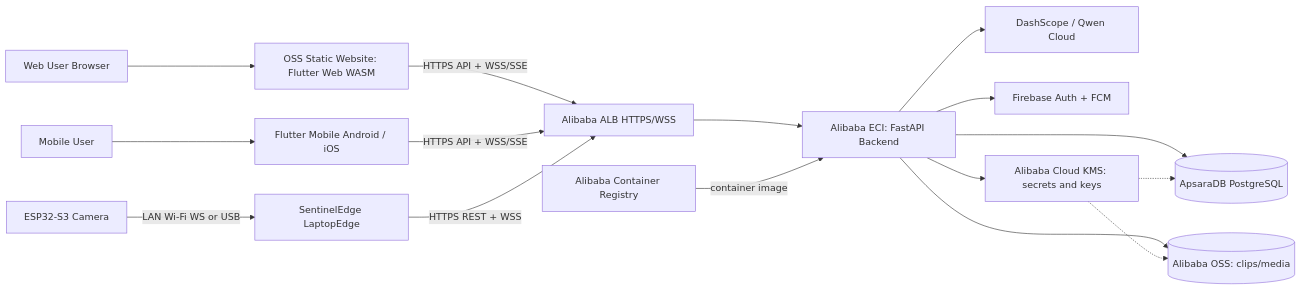
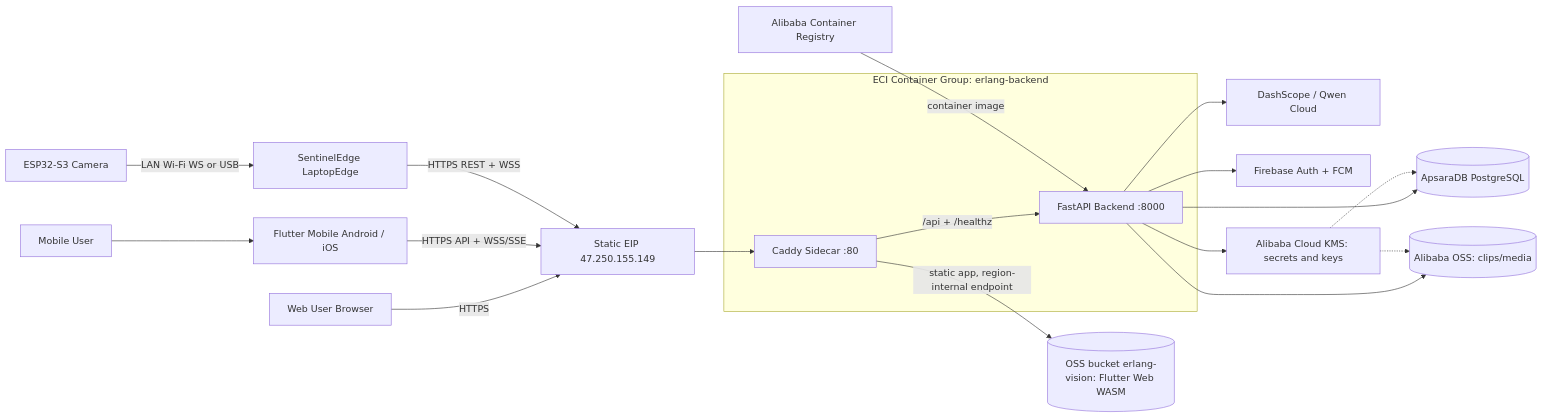
Before and after one commit to nickyui99/erlang-ai-vision-fullstack: the diagram in docs/deployment/alibaba_cloud_architecture.md, drawn with Mermaid. The commit also changed other lines of this file and 45 other files, not shown here.

First line of the commit message:
chore: prepare Erlang AI Vision for open-source release

````diff
--- a/docs/deployment/alibaba_cloud_architecture.md
+++ b/docs/deployment/alibaba_cloud_architecture.md
@@ -5,22 +5,26 @@
 ```mermaid
 flowchart LR
-    WebUser[Web User Browser] --> WebOSS[OSS Static Website: Flutter Web WASM]
-    WebOSS -->|HTTPS API + WSS/SSE| ALB[Alibaba ALB HTTPS/WSS]
+    WebUser[Web User Browser] -->|HTTPS| EIP[Static EIP 47.250.155.149]
+    MobileUser[Mobile User] --> MobileApp[Flutter Mobile Android / iOS]
+    MobileApp -->|HTTPS API + WSS/SSE| EIP
 
-    MobileUser[Mobile User] --> MobileApp[Flutter Mobile Android / iOS]
-    MobileApp -->|HTTPS API + WSS/SSE| ALB
-
-    LaptopEdge[SentinelEdge LaptopEdge] -->|HTTPS REST + WSS| ALB
+    LaptopEdge[SentinelEdge LaptopEdge] -->|HTTPS REST + WSS| EIP
     ESP32[ESP32-S3 Camera] -->|LAN Wi-Fi WS or USB| LaptopEdge
 
-    ALB --> ECI[Alibaba ECI: FastAPI Backend]
+    subgraph Group[ECI Container Group: erlang-backend]
+        Caddy[Caddy Sidecar :80]
+        ECI[FastAPI Backend :8000]
+    end
+    EIP --> Caddy
+    Caddy -->|/api + /healthz| ECI
+    Caddy -->|static app, region-internal endpoint| WebOSS[(OSS bucket erlang-vision: Flutter Web WASM)]
     ACR[Alibaba Container Registry] -->|container image| ECI
 
     ECI --> DB[(ApsaraDB PostgreSQL)]
     ECI --> MediaOSS[(Alibaba OSS: clips/media)]
     ECI --> Qwen[DashScope / Qwen Cloud]
     ECI --> Firebase[Firebase Auth + FCM]
     ECI --> KMS[Alibaba Cloud KMS: secrets and keys]
     KMS -.-> DB
     KMS -.-> MediaOSS
 ```
````
